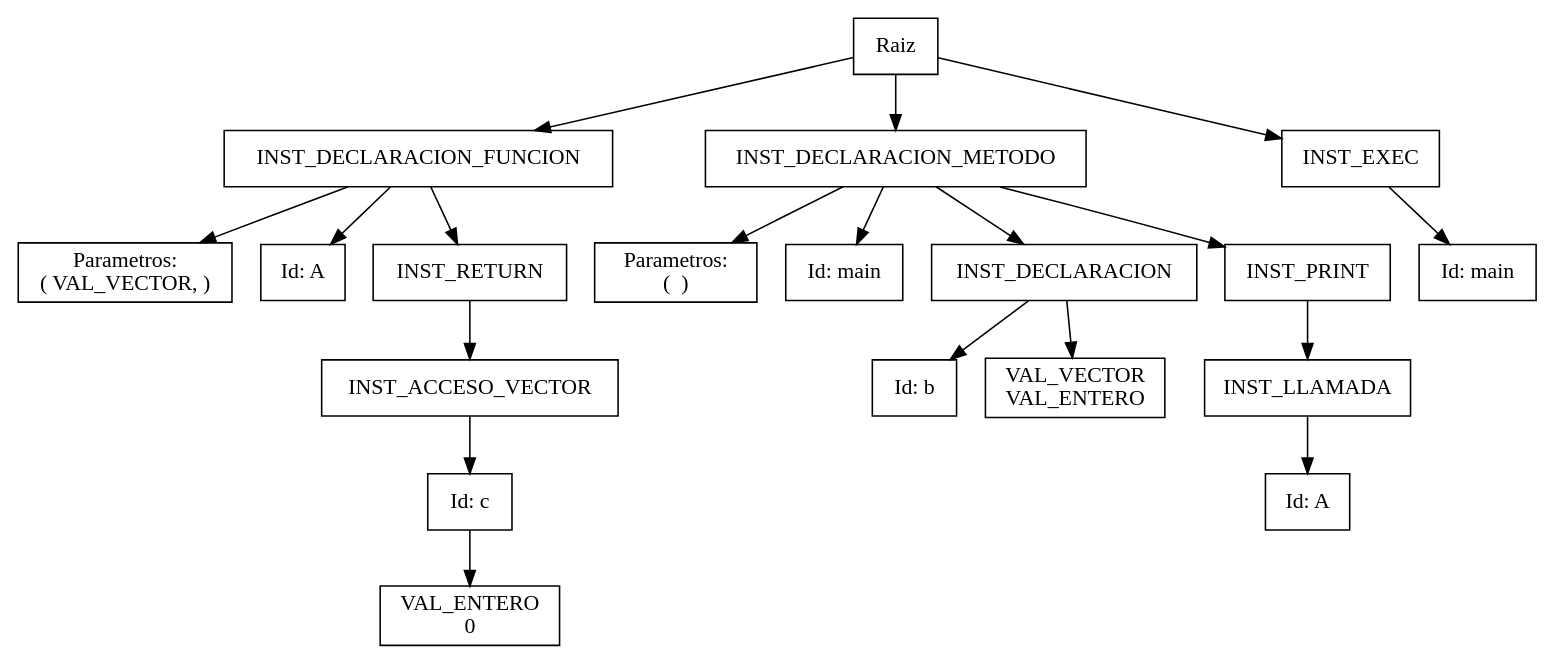
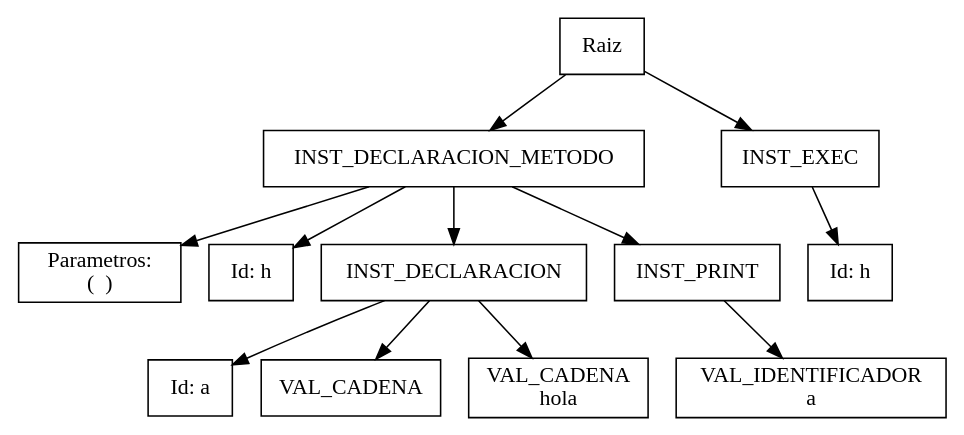
One commit to pqmad/Proyecto2_OLC1 changed the diagram in backend/ArbolAST.dot. Above: the diagram before and after it, drawn with Graphviz. The commit also changed 9 other files, not shown here.

```diff
--- a/backend/ArbolAST.dot
+++ b/backend/ArbolAST.dot
@@ -1,50 +1,32 @@
 digraph mygraph { node [shape=box];
 "Raiz" [label= "Raiz"]; 
-"INST_DECLARACION_FUNCION11A" [label= "INST_DECLARACION_FUNCION"]; 
-"INST_DECLARACION_FUNCION11A_param" [label= "Parametros:
-( VAL_VECTOR, )"]; 
-"INST_DECLARACION_FUNCION11Aid" [label= "Id: A"]; 
-"Raiz" -> "INST_DECLARACION_FUNCION11A"
-"INST_DECLARACION_FUNCION11A" -> "INST_DECLARACION_FUNCION11A_param"
-"INST_DECLARACION_FUNCION11A" -> "INST_DECLARACION_FUNCION11Aid"
-"INST_DECLARACION_FUNCION11A" [label= "INST_DECLARACION_FUNCION"]; 
-"INST_RETURN25" [label= "INST_RETURN"]; 
-"INST_DECLARACION_FUNCION11A" -> "INST_RETURN25"
-"INST_RETURN25" [label= "INST_RETURN"]; 
-"INST_ACCESO_VECTOR212cc" [label= "Id: c"]; 
-"INST_ACCESO_VECTOR212c" [label= "INST_ACCESO_VECTOR"]; 
-"INST_RETURN25" -> "INST_ACCESO_VECTOR212c"
-"INST_ACCESO_VECTOR212c" -> "INST_ACCESO_VECTOR212cc"
-"INST_ACCESO_VECTOR212cc" [label= "Id: c"]; 
-"VAL_ENTERO214" [label= "VAL_ENTERO\n0"]; 
-"INST_ACCESO_VECTOR212cc" -> "VAL_ENTERO214"
+"INST_DECLARACION_METODO11h" [label= "INST_DECLARACION_METODO"]; 
+"INST_DECLARACION_METODO11h_param" [label= "Parametros:
+(  )"]; 
+"INST_DECLARACION_METODO11hid" [label= "Id: h"]; 
+"Raiz" -> "INST_DECLARACION_METODO11h"
+"INST_DECLARACION_METODO11h" -> "INST_DECLARACION_METODO11h_param"
+"INST_DECLARACION_METODO11h" -> "INST_DECLARACION_METODO11hid"
+"INST_DECLARACION_METODO11h" [label= "INST_DECLARACION_METODO"]; 
+"INST_DECLARACION75a" [label= "Id: a"]; 
+"INST_DECLARACION75" [label= "INST_DECLARACION"]; 
+"INST_DECLARACION75VAL_CADENA" [label= "VAL_CADENA"]; 
+"INST_DECLARACION_METODO11h" -> "INST_DECLARACION75"
+"INST_DECLARACION75" -> "INST_DECLARACION75VAL_CADENA"
+"INST_DECLARACION75" -> "INST_DECLARACION75a"
+"INST_DECLARACION75" [label= "INST_DECLARACION"]; 
+"VAL_CADENA719" [label= "VAL_CADENA\nhola"]; 
+"INST_DECLARACION75" -> "VAL_CADENA719"
+"INST_DECLARACION_METODO11h" [label= "INST_DECLARACION_METODO"]; 
+"INST_PRINT85" [label= "INST_PRINT"]; 
+"INST_DECLARACION_METODO11h" -> "INST_PRINT85"
+"INST_PRINT85" [label= "INST_PRINT"]; 
+"VAL_IDENTIFICADOR812" [label= "VAL_IDENTIFICADOR\na"]; 
+"INST_PRINT85" -> "VAL_IDENTIFICADOR812"
 "Raiz" [label= "Raiz"]; 
-"INST_DECLARACION_METODO51main" [label= "INST_DECLARACION_METODO"]; 
-"INST_DECLARACION_METODO51main_param" [label= "Parametros:
-(  )"]; 
-"INST_DECLARACION_METODO51mainid" [label= "Id: main"]; 
-"Raiz" -> "INST_DECLARACION_METODO51main"
-"INST_DECLARACION_METODO51main" -> "INST_DECLARACION_METODO51main_param"
-"INST_DECLARACION_METODO51main" -> "INST_DECLARACION_METODO51mainid"
-"INST_DECLARACION_METODO51main" [label= "INST_DECLARACION_METODO"]; 
-"INST_DECLARACION64b" [label= "Id: b"]; 
-"INST_DECLARACION64" [label= "INST_DECLARACION"]; 
-"INST_DECLARACION64VAL_VECTOR" [label= "VAL_VECTOR\nVAL_ENTERO"]; 
-"INST_DECLARACION_METODO51main" -> "INST_DECLARACION64"
-"INST_DECLARACION64" -> "INST_DECLARACION64VAL_VECTOR"
-"INST_DECLARACION64" -> "INST_DECLARACION64b"
-"INST_DECLARACION_METODO51main" [label= "INST_DECLARACION_METODO"]; 
-"INST_PRINT74" [label= "INST_PRINT"]; 
-"INST_DECLARACION_METODO51main" -> "INST_PRINT74"
-"INST_PRINT74" [label= "INST_PRINT"]; 
-"INST_LLAMADA710AA" [label= "Id: A"]; 
-"INST_LLAMADA710A" [label= "INST_LLAMADA"]; 
-"INST_PRINT74" -> "INST_LLAMADA710A"
-"INST_LLAMADA710A" -> "INST_LLAMADA710AA"
-"Raiz" [label= "Raiz"]; 
-"INST_EXEC91mainmain" [label= "Id: main"]; 
-"INST_EXEC91main" [label= "INST_EXEC"]; 
-"Raiz" -> "INST_EXEC91main"
-"INST_EXEC91main" -> "INST_EXEC91mainmain"
+"INST_EXEC101hh" [label= "Id: h"]; 
+"INST_EXEC101h" [label= "INST_EXEC"]; 
+"Raiz" -> "INST_EXEC101h"
+"INST_EXEC101h" -> "INST_EXEC101hh"
 
 }
```
